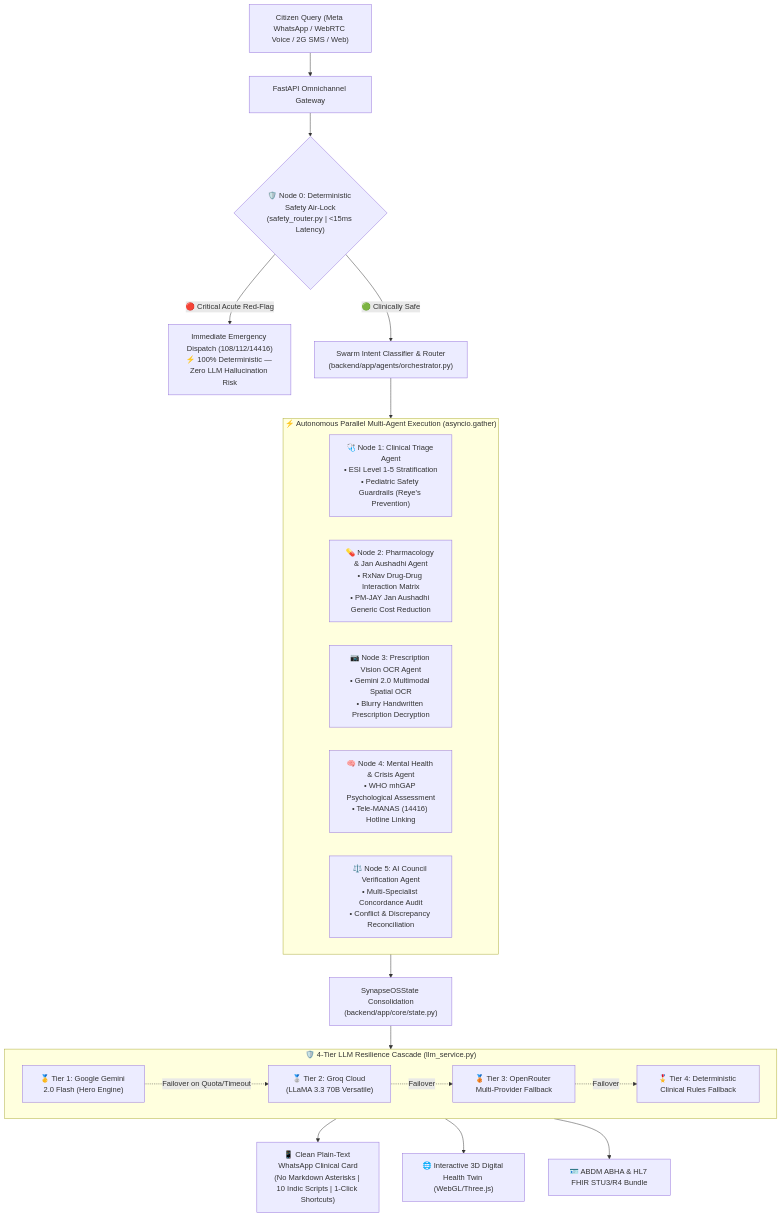
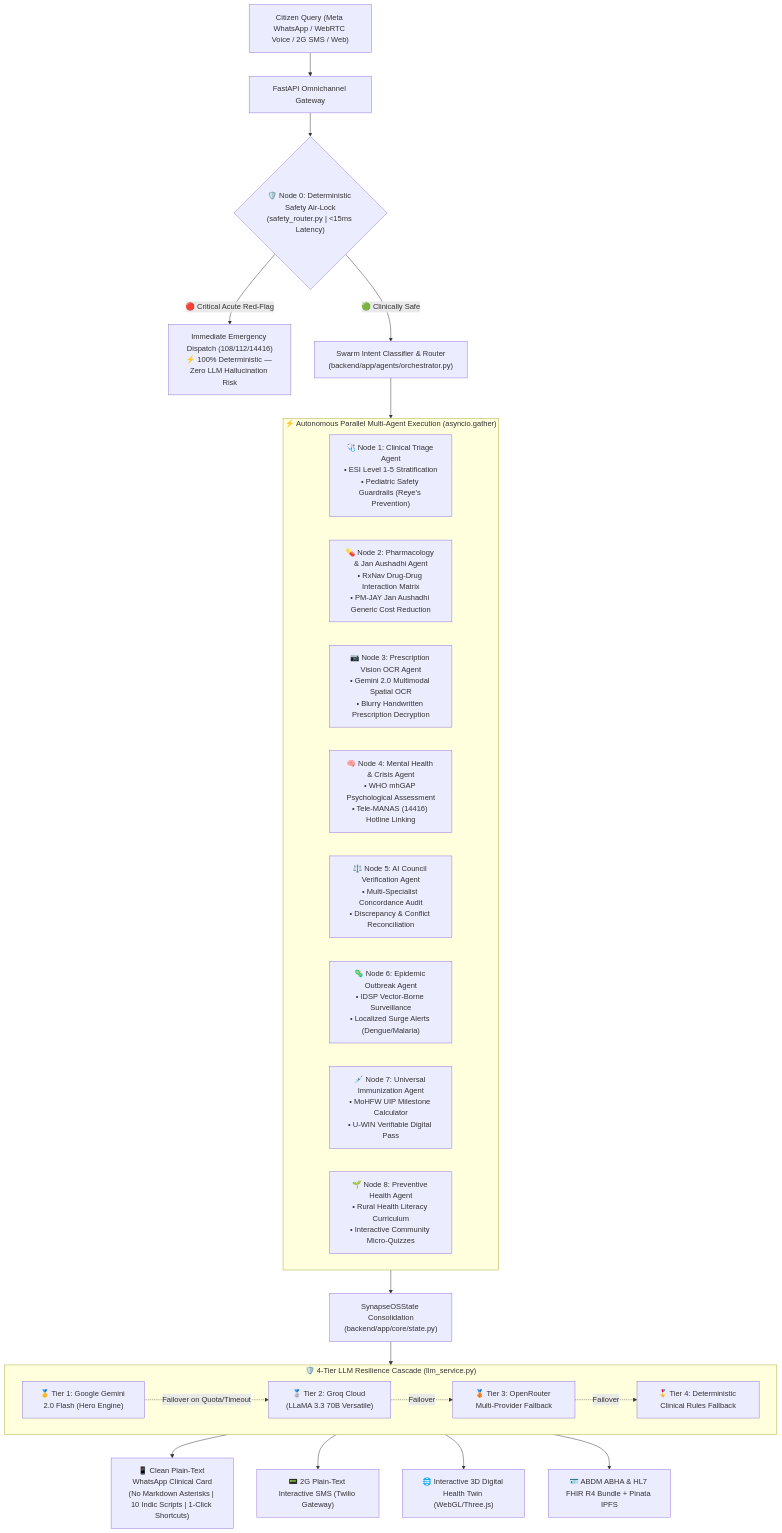
One commit to Rachit-Tiwari-7/SYNAPSE-OS changed the diagram in docs/agent_explanation.md. Above: the diagram before and after it, drawn with Mermaid. The commit also changed other lines of this file and 3 other files, not shown here.

Commit message:
docs: expand 8-node swarm architecture, public health APIs, and clinical benchmarks

````diff
--- a/docs/agent_explanation.md
+++ b/docs/agent_explanation.md
@@ -14,38 +14,42 @@
 ```mermaid
 flowchart TD
     User["Citizen Query (Meta WhatsApp / WebRTC Voice / 2G SMS / Web)"] --> Ingress["FastAPI Omnichannel Gateway"]
     
     Ingress --> SafetyGate{"🛡️ Node 0: Deterministic Safety Air-Lock<br/>(safety_router.py | <15ms Latency)"}
     
     SafetyGate -->|🔴 Critical Acute Red-Flag| FastTrack["Immediate Emergency Dispatch (108/112/14416)<br/>⚡ 100% Deterministic — Zero LLM Hallucination Risk"]
     
     SafetyGate -->|🟢 Clinically Safe| Orchestrator["Swarm Intent Classifier & Router<br/>(backend/app/agents/orchestrator.py)"]
     
     subgraph ParallelSwarm["⚡ Autonomous Parallel Multi-Agent Execution (asyncio.gather)"]
         TriageNode["🩺 Node 1: Clinical Triage Agent<br/>• ESI Level 1-5 Stratification<br/>• Pediatric Safety Guardrails (Reye's Prevention)"]
         PharmNode["💊 Node 2: Pharmacology & Jan Aushadhi Agent<br/>• RxNav Drug-Drug Interaction Matrix<br/>• PM-JAY Jan Aushadhi Generic Cost Reduction"]
         ScanNode["📷 Node 3: Prescription Vision OCR Agent<br/>• Gemini 2.0 Multimodal Spatial OCR<br/>• Blurry Handwritten Prescription Decryption"]
         MentalNode["🧠 Node 4: Mental Health & Crisis Agent<br/>• WHO mhGAP Psychological Assessment<br/>• Tele-MANAS (14416) Hotline Linking"]
-        CouncilNode["⚖️ Node 5: AI Council Verification Agent<br/>• Multi-Specialist Concordance Audit<br/>• Conflict & Discrepancy Reconciliation"]
+        CouncilNode["⚖️ Node 5: AI Council Verification Agent<br/>• Multi-Specialist Concordance Audit<br/>• Discrepancy & Conflict Reconciliation"]
+        OutbreakNode["🦠 Node 6: Epidemic Outbreak Agent<br/>• IDSP Vector-Borne Surveillance<br/>• Localized Surge Alerts (Dengue/Malaria)"]
+        VaccineNode["💉 Node 7: Universal Immunization Agent<br/>• MoHFW UIP Milestone Calculator<br/>• U-WIN Verifiable Digital Pass"]
+        PreventNode["🌱 Node 8: Preventive Health Agent<br/>• Rural Health Literacy Curriculum<br/>• Interactive Community Micro-Quizzes"]
     end
     
     Orchestrator --> ParallelSwarm
     
     ParallelSwarm --> State["SynapseOSState Consolidation<br/>(backend/app/core/state.py)"]
     
     subgraph CascadeEngine["🛡️ 4-Tier LLM Resilience Cascade (llm_service.py)"]
         Tier1["🥇 Tier 1: Google Gemini 2.0 Flash (Hero Engine)"]
         Tier2["🥈 Tier 2: Groq Cloud (LLaMA 3.3 70B Versatile)"]
         Tier3["🥉 Tier 3: OpenRouter Multi-Provider Fallback"]
         Tier4["🎖️ Tier 4: Deterministic Clinical Rules Fallback"]
         Tier1 -.->|Failover on Quota/Timeout| Tier2
         Tier2 -.->|Failover| Tier3
         Tier3 -.->|Failover| Tier4
     end
     
     State --> CascadeEngine
     
     CascadeEngine --> CleanOutput["📱 Clean Plain-Text WhatsApp Clinical Card<br/>(No Markdown Asterisks | 10 Indic Scripts | 1-Click Shortcuts)"]
+    CascadeEngine --> SMSGateway["📟 2G Plain-Text Interactive SMS (Twilio Gateway)"]
     CascadeEngine --> WebTwin["🌐 Interactive 3D Digital Health Twin (WebGL/Three.js)"]
-    CascadeEngine --> ABDMVault["🪪 ABDM ABHA & HL7 FHIR STU3/R4 Bundle"]
+    CascadeEngine --> ABDMVault["🪪 ABDM ABHA & HL7 FHIR R4 Bundle + Pinata IPFS"]
 ```
````
